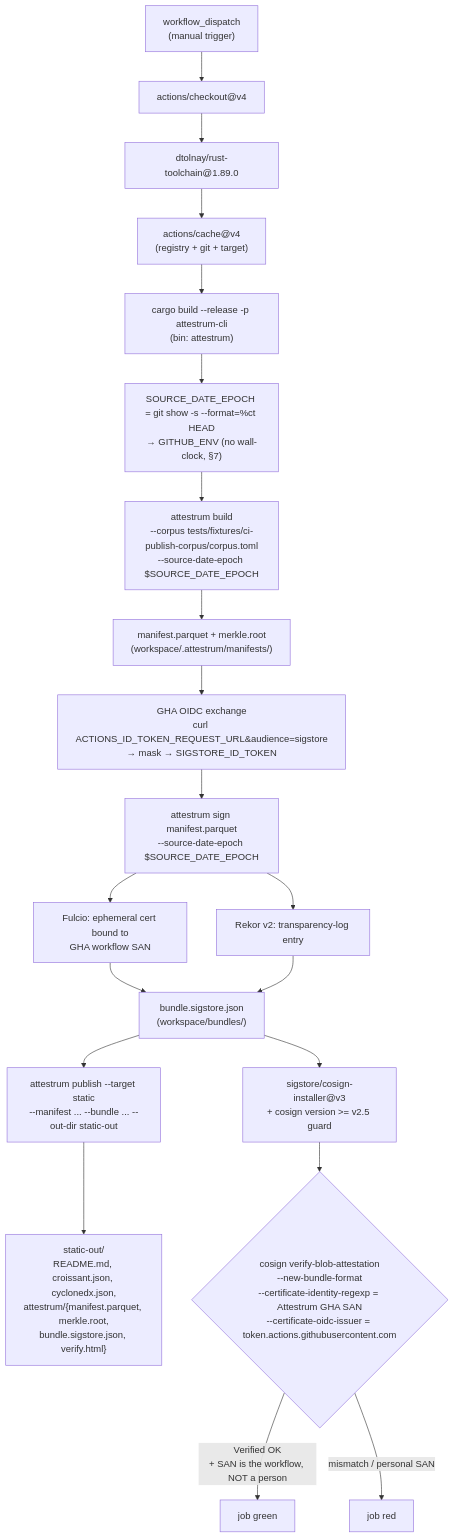
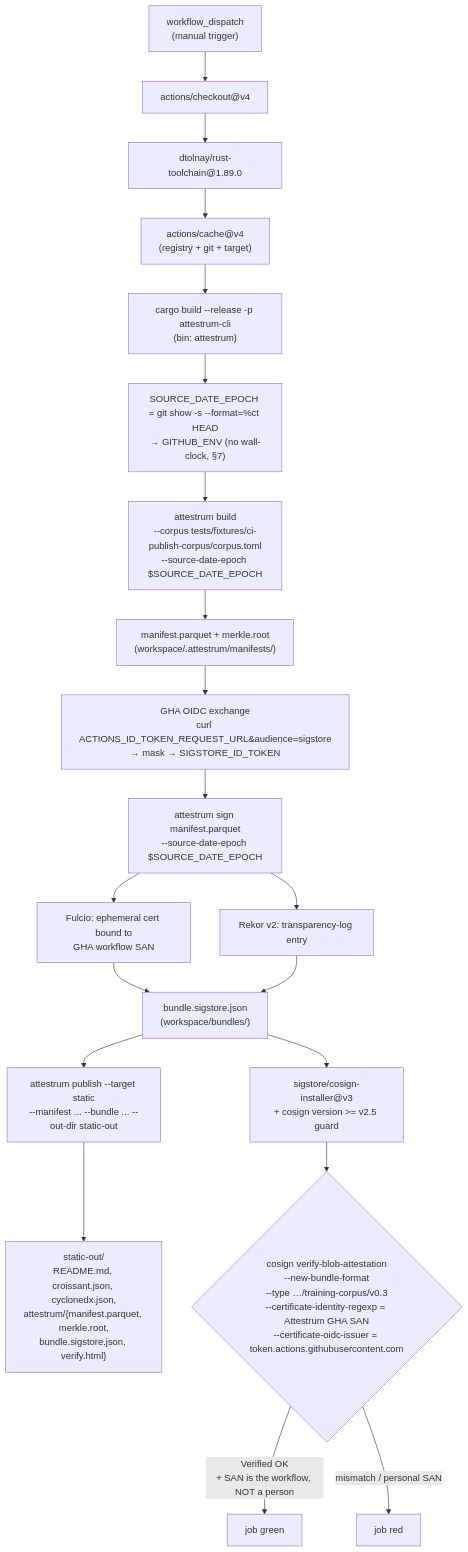
The diagram in docs/diagrams/overview/build-sign-publish-ci.md (Attestrum/Attestrum), drawn with Mermaid before and after one commit. The commit also changed other lines of this file and 25 other files, not shown here.

First line of the commit message:
docs(diagrams): freshness re-pin cascade (26 diagrams) + build-sign-publish --type

````diff
--- a/docs/diagrams/overview/build-sign-publish-ci.md
+++ b/docs/diagrams/overview/build-sign-publish-ci.md
@@ -35,27 +35,27 @@
 ```mermaid
 flowchart TD
   D["workflow_dispatch<br/>(manual trigger)"] --> CO["actions/checkout@v4"]
   CO --> RT["dtolnay/rust-toolchain@1.89.0"]
   RT --> CA["actions/cache@v4<br/>(registry + git + target)"]
   CA --> BUILD_BIN["cargo build --release -p attestrum-cli<br/>(bin: attestrum)"]
   BUILD_BIN --> SDE["SOURCE_DATE_EPOCH = git show -s --format=%ct HEAD<br/>→ GITHUB_ENV (no wall-clock, §7)"]
 
   SDE --> BUILD["attestrum build<br/>--corpus tests/fixtures/ci-publish-corpus/corpus.toml<br/>--source-date-epoch $SOURCE_DATE_EPOCH"]
   BUILD --> M["manifest.parquet + merkle.root<br/>(workspace/.attestrum/manifests/)"]
 
   M --> OIDC["GHA OIDC exchange<br/>curl ACTIONS_ID_TOKEN_REQUEST_URL&audience=sigstore<br/>→ mask → SIGSTORE_ID_TOKEN"]
   OIDC --> SIGN["attestrum sign manifest.parquet<br/>--source-date-epoch $SOURCE_DATE_EPOCH"]
 
   SIGN --> FULCIO["Fulcio: ephemeral cert bound to<br/>GHA workflow SAN"]
   SIGN --> REKOR["Rekor v2: transparency-log entry"]
   FULCIO --> BUNDLE["bundle.sigstore.json<br/>(workspace/bundles/)"]
   REKOR --> BUNDLE
 
   BUNDLE --> PUB["attestrum publish --target static<br/>--manifest ... --bundle ... --out-dir static-out"]
   PUB --> ARTIFACTS["static-out/<br/>README.md, croissant.json, cyclonedx.json,<br/>attestrum/{manifest.parquet, merkle.root,<br/>bundle.sigstore.json, verify.html}"]
 
   BUNDLE --> CI_INSTALL["sigstore/cosign-installer@v3<br/>+ cosign version >= v2.5 guard"]
-  CI_INSTALL --> VERIFY{"cosign verify-blob-attestation<br/>--new-bundle-format<br/>--certificate-identity-regexp = Attestrum GHA SAN<br/>--certificate-oidc-issuer = token.actions.githubusercontent.com"}
+  CI_INSTALL --> VERIFY{"cosign verify-blob-attestation<br/>--new-bundle-format<br/>--type …/training-corpus/v0.3<br/>--certificate-identity-regexp = Attestrum GHA SAN<br/>--certificate-oidc-issuer = token.actions.githubusercontent.com"}
   VERIFY -->|"Verified OK<br/>+ SAN is the workflow, NOT a person"| PASS["job green"]
   VERIFY -->|"mismatch / personal SAN"| FAIL["job red"]
 ```
````
